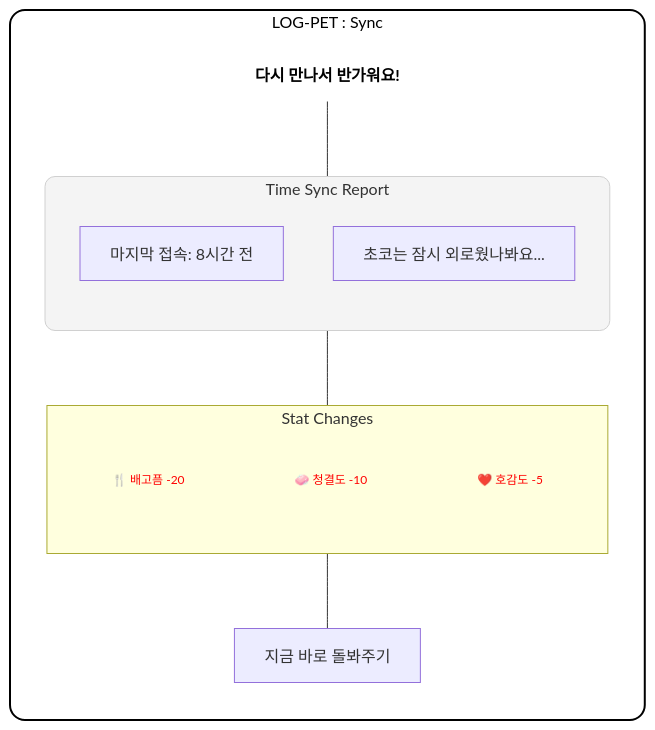
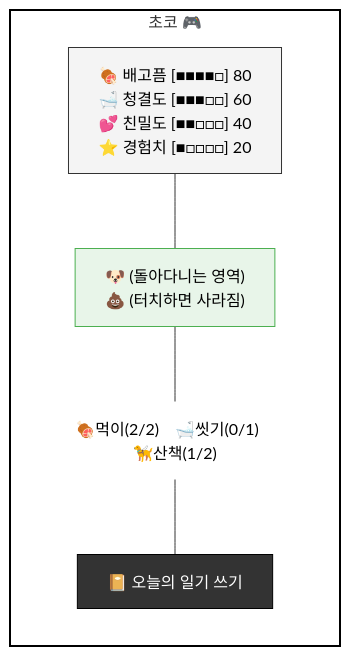
One commit to silver-hye/Log_Pet changed the fourth of 6 diagrams in analysis.md. Above: the diagram before and after it, drawn with Mermaid. The commit also changed other lines of this file, not shown here.

````diff
--- a/analysis.md
+++ b/analysis.md
@@ -860,37 +673,20 @@
 ```mermaid
 graph TD
-    classDef device fill:#fff,stroke:#000,stroke-width:2px,rx:15,ry:15,color:#000;
-    classDef title fill:none,stroke:none,color:#000,font-size:16px,font-weight:bold;
-    classDef sync_card fill:#f4f4f4,stroke:#d0d0d0,stroke-width:1px,color:#333,rx:10,ry:10;
-    classDef stat_down fill:none,stroke:none,color:#ff0000,font-size:12px;
+    classDef device fill:#fff,stroke:#000,stroke-width:2px;
+    classDef title fill:none,stroke:none,color:#000,font-size:16px;
+    classDef gauge fill:#f4f4f4,stroke:#333,color:#000;
+    classDef btn fill:#333,stroke:#000,color:#fff;
+    classDef field fill:#e8f5e9,stroke:#4caf50,color:#000;
 
-    subgraph Mobile_Frame [LOG-PET : Sync]
+    subgraph Mobile_Frame [초코 🎮]
         direction TB
-
-        Header["다시 만나서 반가워요!"]:::title
-        
-        subgraph Sync_Report [Time Sync Report]
-            direction TB
-            Last_Login["마지막 접속: 8시간 전"]:::text
-            Status["초코는 잠시 외로웠나봐요..."]:::text
-        end
-        
-        subgraph Decay_List [Stat Changes]
-            direction TB
-            D1["🍴 배고픔 -20"]:::stat_down
-            D2["🧼 청결도 -10"]:::stat_down
-            D3["❤️ 호감도 -5"]:::stat_down
-        end
-        
-
-        Btn_Care["지금 바로 돌봐주기"]:::btn_black
-        
-
-        Header --- Sync_Report
-        Sync_Report --- Decay_List
-        Decay_List --- Btn_Care
+        Stats["🍖 배고픔 [■■■■□] 80\n🛁 청결도 [■■■□□] 60\n💕 친밀도 [■■□□□] 40\n⭐ 경험치 [■□□□□] 20"]:::gauge
+        Pet_Area["🐶 (돌아다니는 영역)\n💩 (터치하면 사라짐)"]:::field
+        Actions["🍖먹이(2/2)　🛁씻기(0/1)　🦮산책(1/2)"]:::title
+        Diary_Btn["📔 오늘의 일기 쓰기"]:::btn
+        Stats --- Pet_Area
+        Pet_Area --- Actions
+        Actions --- Diary_Btn
     end
-
     class Mobile_Frame device;
-    class Sync_Report sync_card;
 ```
````
